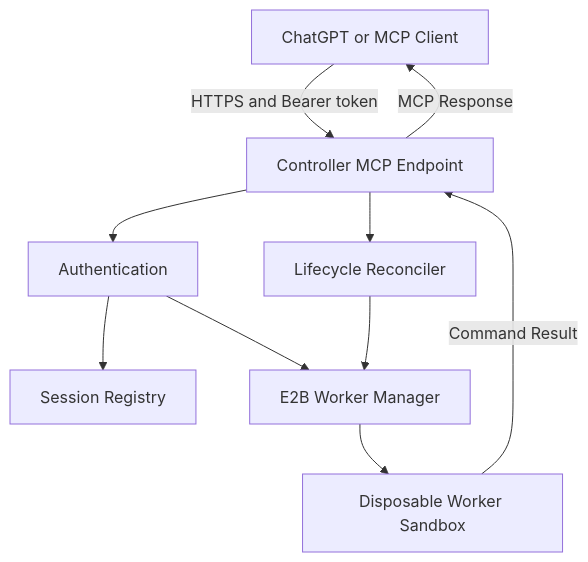
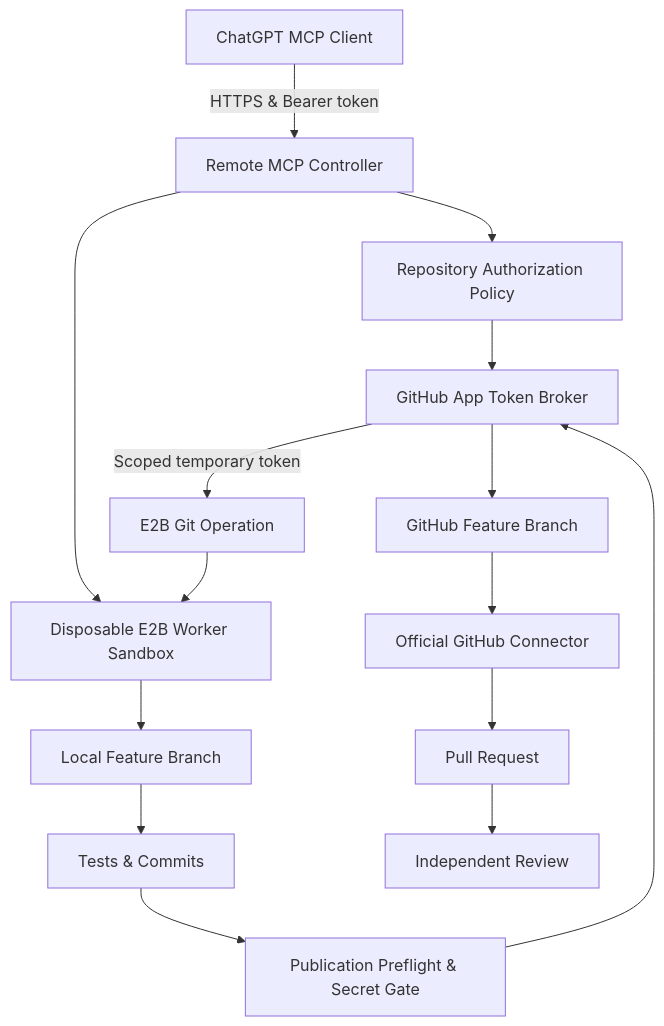
The diagram in README.md (imMamdouhaboammar/e2b-agent-runtime), drawn with Mermaid before and after one commit. The commit also changed other lines of this file and 1 other file, not shown here.

Commit message:
docs: add ARCHITECTURE_MAP.md, update README.md with Phase 3 guide and connector handoff

````diff
--- a/README.md
+++ b/README.md
@@ -9,12 +9,17 @@
 ```mermaid
 flowchart TD
-    A[ChatGPT or MCP Client] -->|HTTPS and Bearer token| B[Controller MCP Endpoint]
-    B --> C[Authentication]
-    C --> D[Session Registry]
-    C --> E[E2B Worker Manager]
-    E --> F[Disposable Worker Sandbox]
-    B --> G[Lifecycle Reconciler]
-    G --> E
-    F -->|Command Result| B
-    B -->|MCP Response| A
+    A[ChatGPT MCP Client] -->|HTTPS & Bearer token| B[Remote MCP Controller]
+    B --> C[Repository Authorization Policy]
+    C --> D[GitHub App Token Broker]
+    B --> E[Disposable E2B Worker Sandbox]
+    D -->|Scoped temporary token| F[E2B Git Operation]
+    F --> E
+    E --> G[Local Feature Branch]
+    G --> H[Tests & Commits]
+    H --> I[Publication Preflight & Secret Gate]
+    I --> D
+    D --> J[GitHub Feature Branch]
+    J --> K[Official GitHub Connector]
+    K --> L[Pull Request]
+    L --> M[Independent Review]
 ```
````
